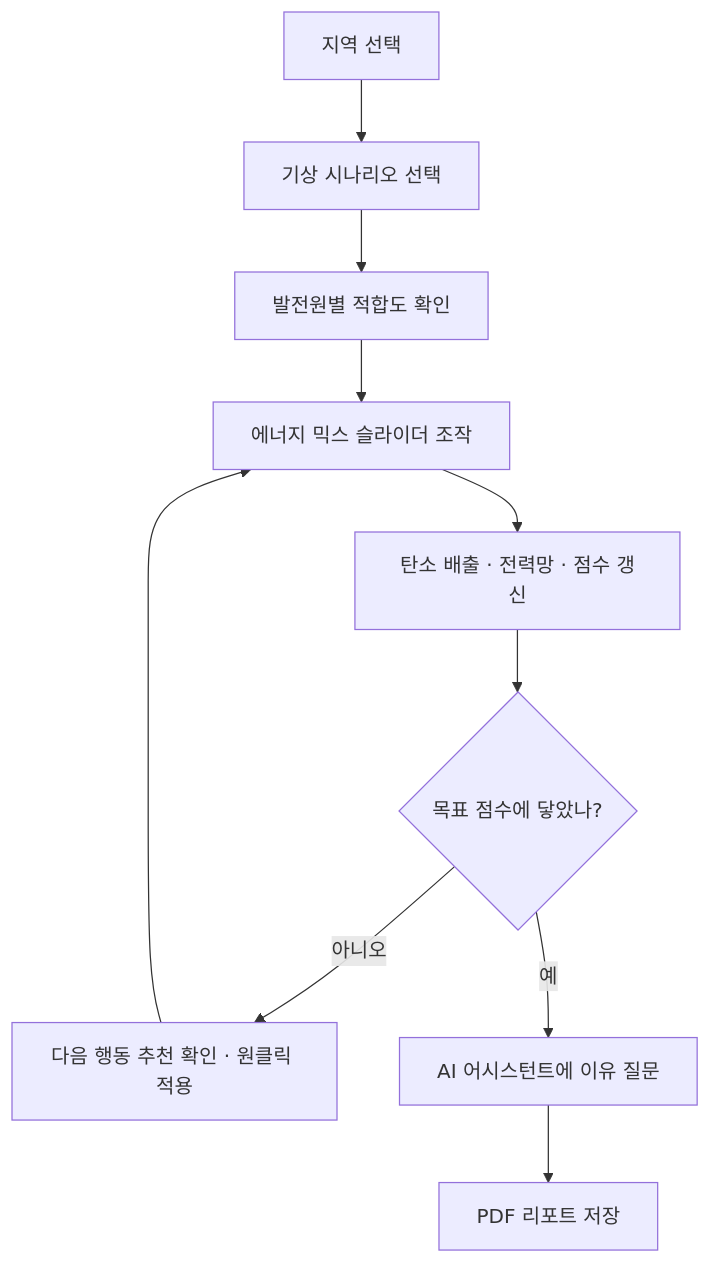
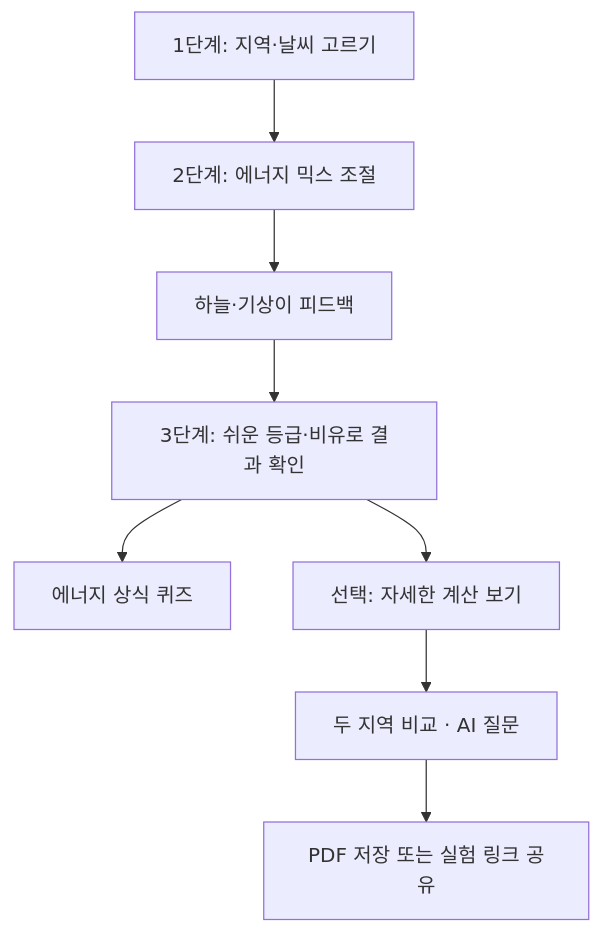
One commit to toto6343/climateloop changed the first of 2 diagrams in README.md. Above: the diagram before and after it, drawn with Mermaid. The commit also changed other lines of this file and 10 other files, not shown here.

````diff
--- a/README.md
+++ b/README.md
@@ -250,12 +260,10 @@
 ```mermaid
 flowchart TD
-    A[지역 선택] --> B[기상 시나리오 선택]
-    B --> C[발전원별 적합도 확인]
-    C --> D[에너지 믹스 슬라이더 조작]
-    D --> E[탄소 배출 · 전력망 · 점수 갱신]
-    E --> F{목표 점수에 닿았나?}
-    F -- 아니오 --> G[다음 행동 추천 확인 · 원클릭 적용]
-    G --> D
-    F -- 예 --> H[AI 어시스턴트에 이유 질문]
-    H --> I[PDF 리포트 저장]
+  A[1단계: 지역·날씨 고르기] --> B[2단계: 에너지 믹스 조절]
+  B --> C[하늘·기상이 피드백]
+  C --> D[3단계: 쉬운 등급·비유로 결과 확인]
+  D --> E[에너지 상식 퀴즈]
+  D --> F[선택: 자세한 계산 보기]
+  F --> G[두 지역 비교 · AI 질문]
+  G --> H[PDF 저장 또는 실험 링크 공유]
 ```
````
